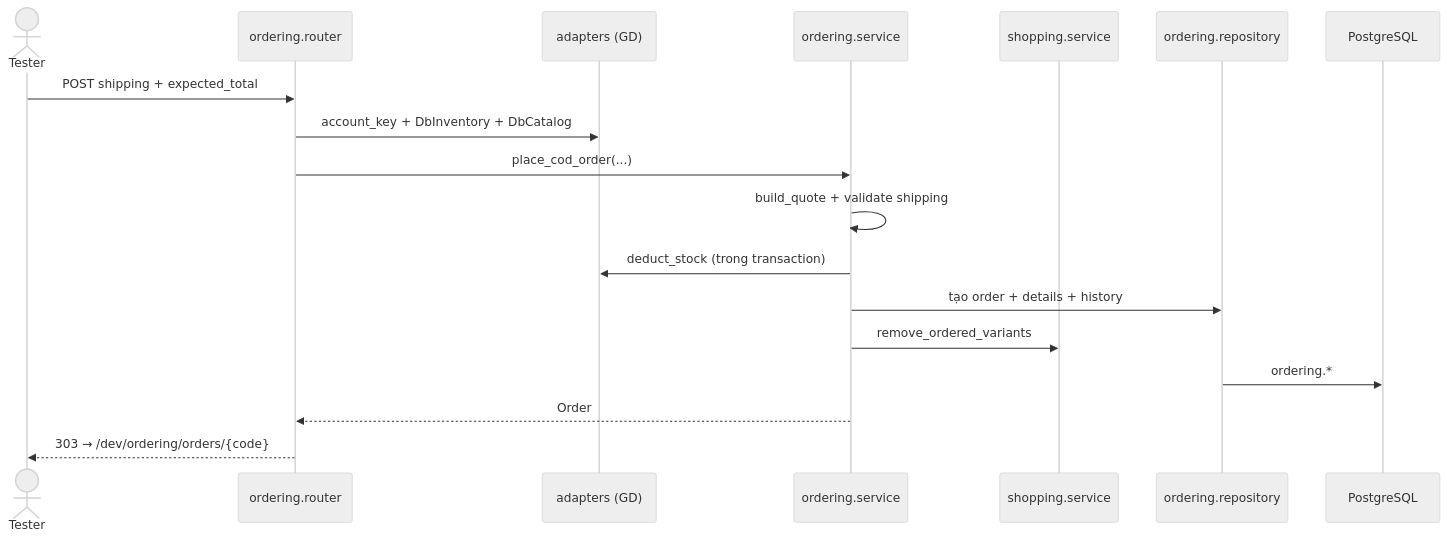
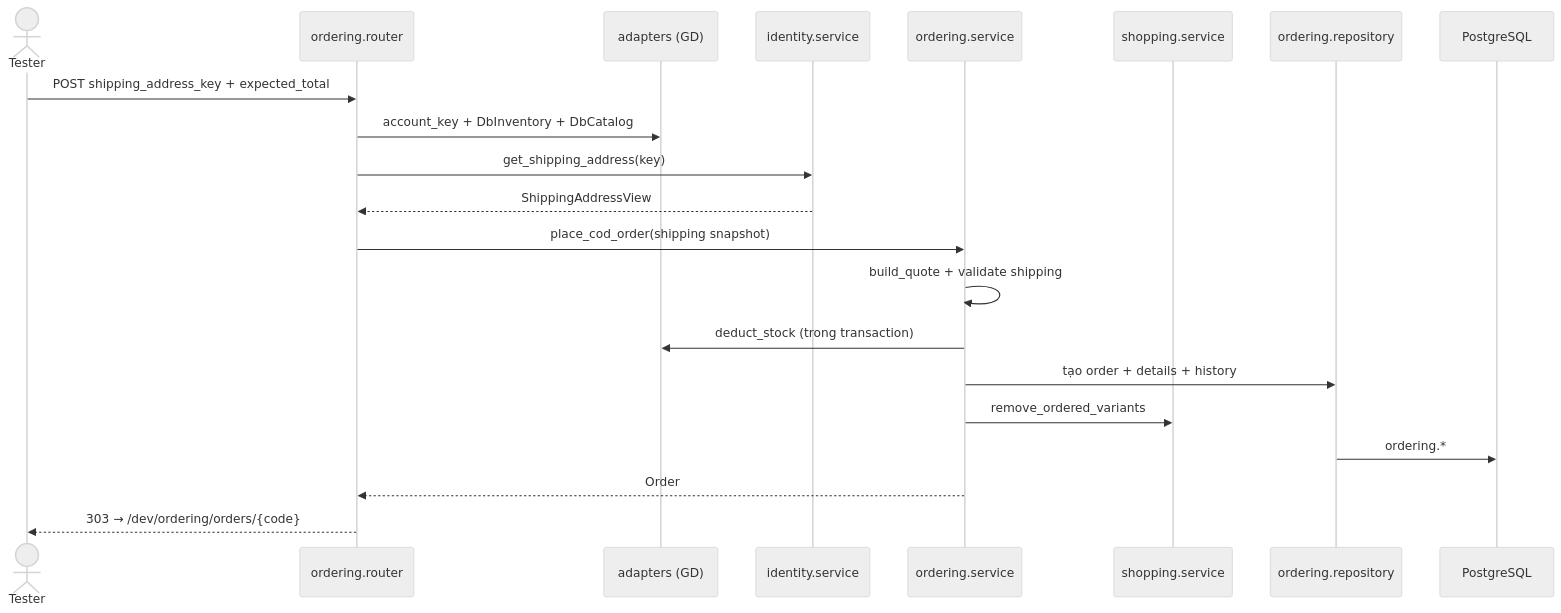
One commit to thanhklt/sobie-swimwear-e-commerce changed the diagram in docs/sequence/ordering/dev-place-cod.md. Above: the diagram before and after it, drawn with Mermaid (neutral theme). The commit also changed other lines of this file and 45 other files, not shown here.

````diff
--- a/docs/sequence/ordering/dev-place-cod.md
+++ b/docs/sequence/ordering/dev-place-cod.md
@@ -5,21 +7,24 @@
 ```mermaid
 sequenceDiagram
   actor U as Tester
   participant R as ordering.router
   participant A as adapters (GD)
+  participant Id as identity.service
   participant S as ordering.service
   participant Shop as shopping.service
   participant Repo as ordering.repository
   participant DB as PostgreSQL
 
-  U->>R: POST shipping + expected_total
+  U->>R: POST shipping_address_key + expected_total
   R->>A: account_key + DbInventory + DbCatalog
-  R->>S: place_cod_order(...)
+  R->>Id: get_shipping_address(key)
+  Id-->>R: ShippingAddressView
+  R->>S: place_cod_order(shipping snapshot)
   S->>S: build_quote + validate shipping
   S->>A: deduct_stock (trong transaction)
   S->>Repo: tạo order + details + history
   S->>Shop: remove_ordered_variants
   Repo->>DB: ordering.*
   S-->>R: Order
   R-->>U: 303 → /dev/ordering/orders/{code}
 ```
````
